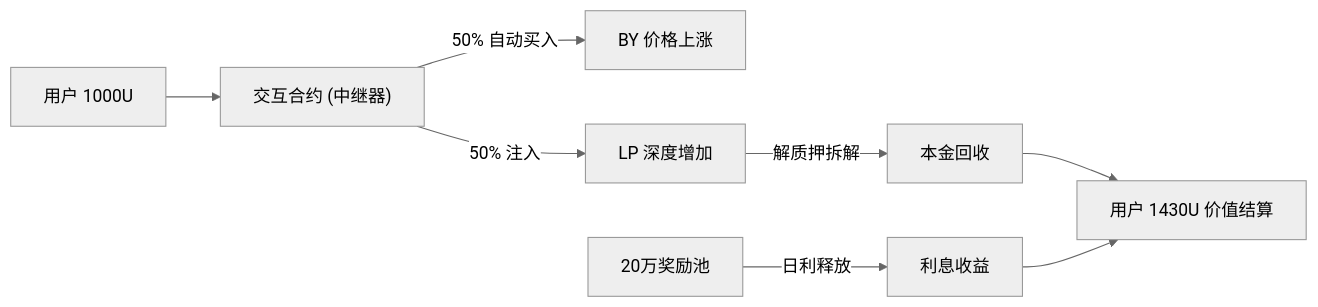
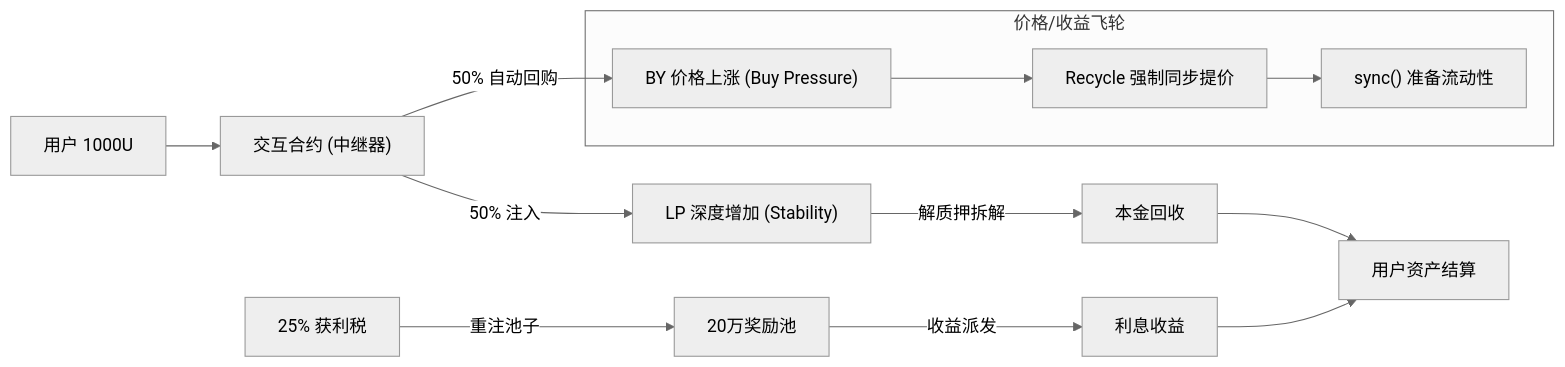
Before and after one commit to ChowKwanhwa/biying: the sixth of 6 diagrams in 必赢项目全解析（演示文稿版）.md, drawn with Mermaid (neutral theme). The commit also changed other lines of this file and 10 other files, not shown here.

````diff
--- a/必赢项目全解析（演示文稿版）.md
+++ b/必赢项目全解析（演示文稿版）.md
@@ -183,9 +219,16 @@
 ```mermaid
 graph LR
     User["用户 1000U"] --> Relay["交互合约 (中继器)"]
-    Relay -- "50% 自动买入" --> BY_Price["BY 价格上涨"]
-    Relay -- "50% 注入" --> LP_Depth["LP 深度增加"]
+    Relay -- "50% 自动回购" --> BY_Price["BY 价格上涨 (Buy Pressure)"]
+    Relay -- "50% 注入" --> LP_Depth["LP 深度增加 (Stability)"]
+    
+    subgraph Flywheel ["价格/收益飞轮"]
+    BY_Price --> Recycle["Recycle 强制同步提价"]
+    Recycle --> Sync["sync() 准备流动性"]
+    end
+
     LP_Depth -- "解质押拆解" --> Principal["本金回收"]
-    Vault["20万奖励池"] -- "日利释放" --> Interest["利息收益"]
-    Principal & Interest --> Final["用户 1430U 价值结算"]
+    Vault["20万奖励池"] -- "收益派发" --> Interest["利息收益"]
+    Profit["25% 获利税"] -- "重注池子" --> Vault
+    Principal & Interest --> Final["用户资产结算"]
 ```
````
